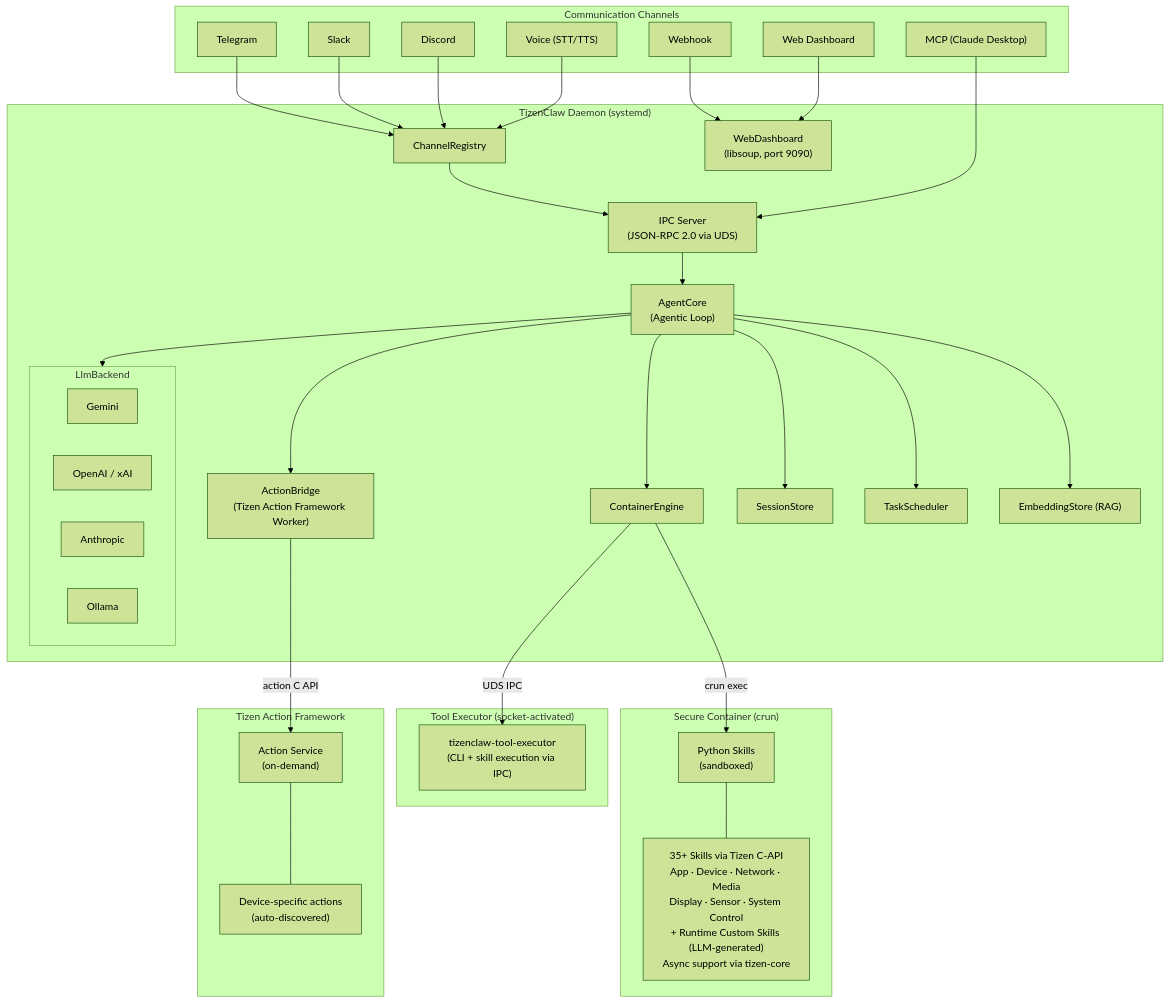
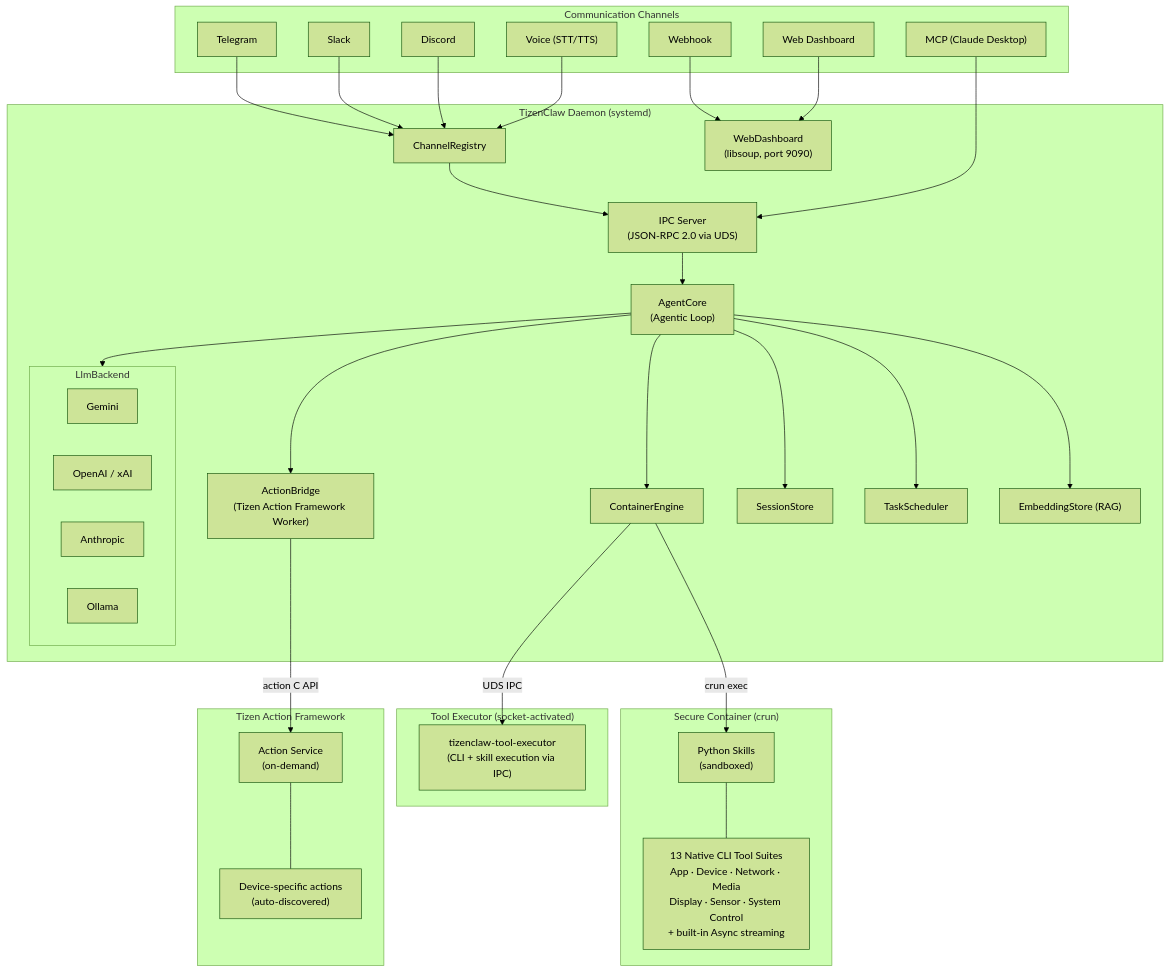
The diagram in README.md (hjhun/tizenclaw), drawn with Mermaid (forest theme) before and after one commit. The commit also changed other lines of this file and 3 other files, not shown here.

First line of the commit message:
Update docs to reflect migration from Python skills to native CLI tools

````diff
--- a/README.md
+++ b/README.md
@@ -183,63 +183,63 @@
 ```mermaid
 graph TB
     subgraph Channels["Communication Channels"]
         Telegram["Telegram"]
         Slack["Slack"]
         Discord["Discord"]
         MCP["MCP (Claude Desktop)"]
         Webhook["Webhook"]
         Voice["Voice (STT/TTS)"]
         WebUI["Web Dashboard"]
     end
 
     subgraph Daemon["TizenClaw Daemon (systemd)"]
         ChannelReg["ChannelRegistry"]
         IPC["IPC Server<br/>(JSON-RPC 2.0 via UDS)"]
         AgentCore["AgentCore<br/>(Agentic Loop)"]
         ContainerEngine["ContainerEngine"]
         ActionBridge["ActionBridge<br/>(Tizen Action Framework Worker)"]
         SessionStore["SessionStore"]
         TaskScheduler["TaskScheduler"]
         EmbeddingStore["EmbeddingStore (RAG)"]
         WebDashboard["WebDashboard<br/>(libsoup, port 9090)"]
 
         subgraph LLM["LlmBackend"]
             Gemini["Gemini"]
             OpenAI["OpenAI / xAI"]
             Anthropic["Anthropic"]
             Ollama["Ollama"]
         end
 
         ChannelReg --> IPC
         IPC --> AgentCore
         AgentCore --> LLM
         AgentCore --> ContainerEngine
         AgentCore --> ActionBridge
         AgentCore --> SessionStore
         AgentCore --> TaskScheduler
         AgentCore --> EmbeddingStore
     end
 
     subgraph ToolExec["Tool Executor (socket-activated)"]
         ToolExecSvc["tizenclaw-tool-executor<br/>(CLI + skill execution via IPC)"]
     end
 
     subgraph Secure["Secure Container (crun)"]
         Skills["Python Skills<br/>(sandboxed)"]
-        SkillList["35+ Skills via Tizen C-API<br/>App · Device · Network · Media<br/>Display · Sensor · System Control<br/>+ Runtime Custom Skills (LLM-generated)<br/>Async support via tizen-core"]
+        SkillList["13 Native CLI Tool Suites<br/>App · Device · Network · Media<br/>Display · Sensor · System Control<br/>+ built-in Async streaming"]
         Skills --- SkillList
     end
 
     subgraph ActionFW["Tizen Action Framework"]
         ActionService["Action Service<br/>(on-demand)"]
         ActionApps["Device-specific actions<br/>(auto-discovered)"]
         ActionService --- ActionApps
     end
 
     Telegram & Slack & Discord & Voice --> ChannelReg
     MCP --> IPC
     Webhook & WebUI --> WebDashboard
     ContainerEngine -- "UDS IPC" --> ToolExecSvc
     ContainerEngine -- "crun exec" --> Skills
     ActionBridge -- "action C API" --> ActionService
 ```
````
